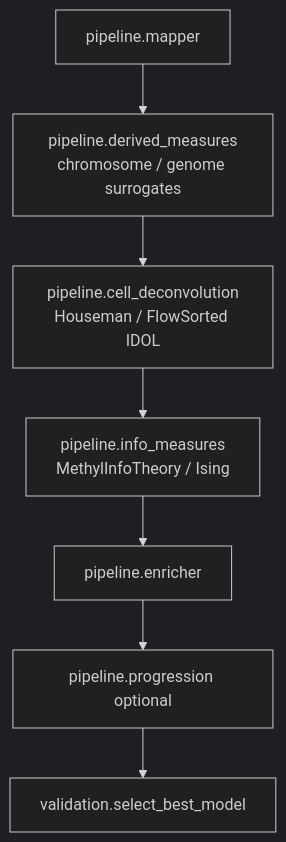
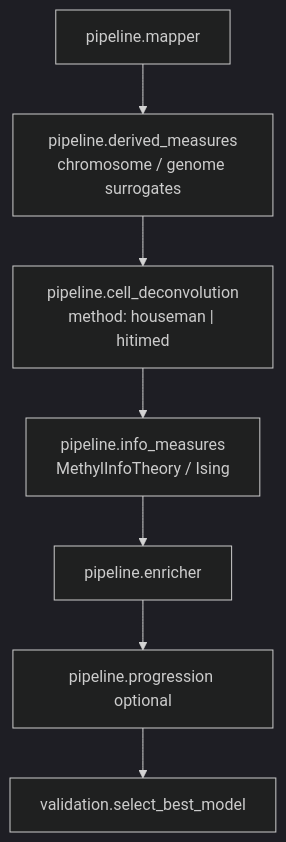
Diagram 11 of 18 in docs/architecture/end-to-end-workflow.md (Goliath-Research/GoliathWorkflow), drawn with Mermaid (dark theme) before and after one commit. The commit also changed other lines of this file and 9 other files, not shown here.

First line of the commit message:
Update analyte profiles and documentation for cell deconvolution methods

````diff
--- a/docs/architecture/end-to-end-workflow.md
+++ b/docs/architecture/end-to-end-workflow.md
@@ -265,9 +265,9 @@
 ```mermaid
 flowchart TD
   MAP["pipeline.mapper"] --> DM["pipeline.derived_measures<br/>chromosome / genome surrogates"]
-  DM --> CD["pipeline.cell_deconvolution<br/>Houseman / FlowSorted IDOL"]
+  DM --> CD["pipeline.cell_deconvolution<br/>method: houseman | hitimed"]
   CD --> IM["pipeline.info_measures<br/>MethylInfoTheory / Ising"]
   IM --> EN["pipeline.enricher"]
   EN --> PR["pipeline.progression optional"]
   PR --> SEL["validation.select_best_model"]
 ```
````
